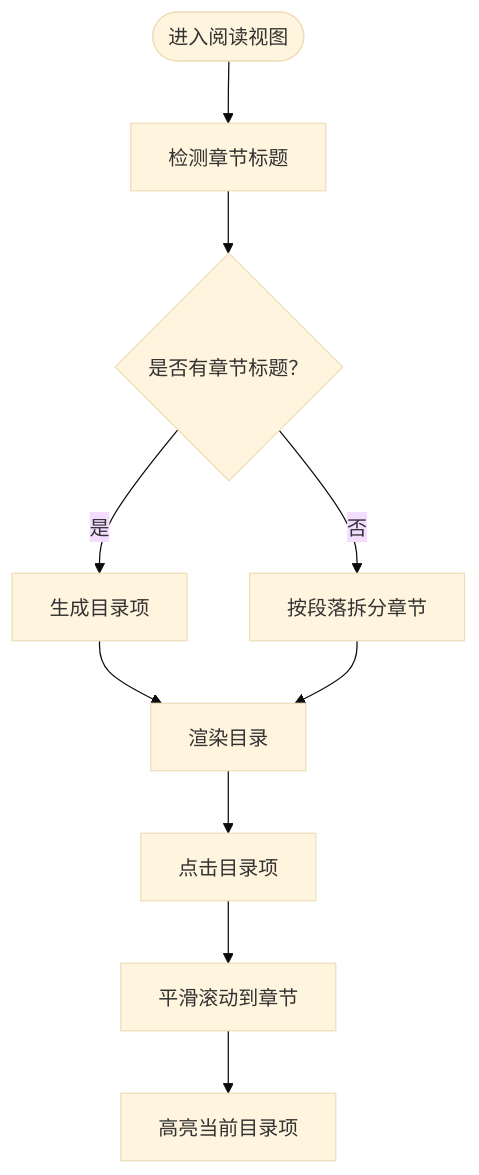
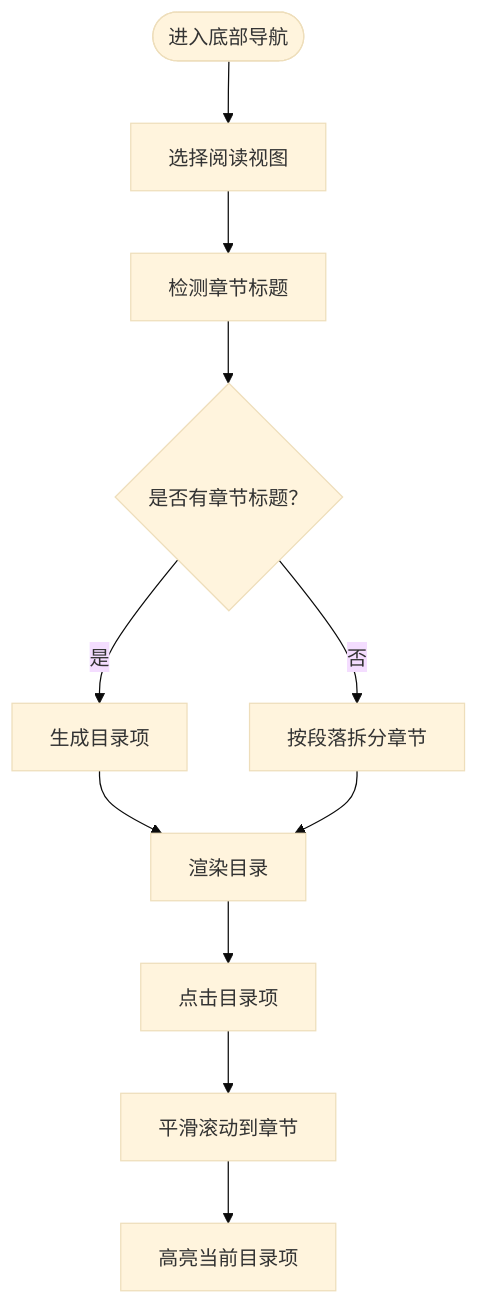
The third of 4 diagrams in .qoder/repowiki/zh/content/用户指南/阅读体验.md (1431529361/aread), drawn with Mermaid (base theme) before and after one commit. The commit also changed other lines of this file and 32 other files, not shown here.

````diff
--- a/.qoder/repowiki/zh/content/用户指南/阅读体验.md
+++ b/.qoder/repowiki/zh/content/用户指南/阅读体验.md
@@ -193,12 +273,13 @@
 ```mermaid
 flowchart TD
-Start(["进入阅读视图"]) --> Detect["检测章节标题"]
+Start(["进入底部导航"]) --> SelectView["选择阅读视图"]
+SelectView --> Detect["检测章节标题"]
 Detect --> HasTitle{"是否有章节标题？"}
 HasTitle --> |是| BuildTOC["生成目录项"]
 HasTitle --> |否| AutoSplit["按段落拆分章节"]
 BuildTOC --> Render["渲染目录"]
 AutoSplit --> Render
 Render --> Click["点击目录项"]
 Click --> Scroll["平滑滚动到章节"]
 Scroll --> Highlight["高亮当前目录项"]
 ```
````
